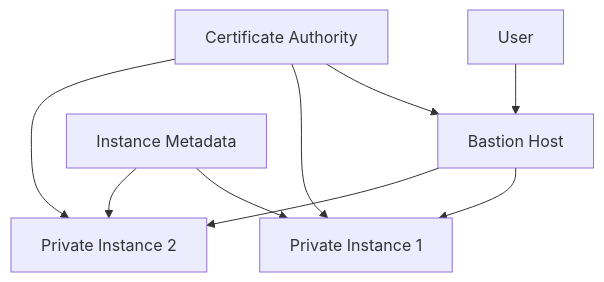
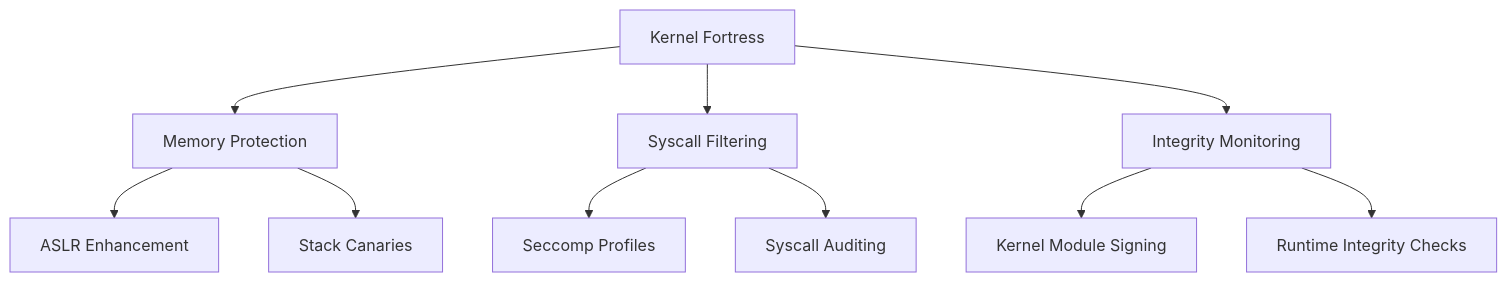
One commit to cipherbite/mastering-linux changed the fourth of 5 diagrams in mastering-ssh-part-one/4 - Advanced SSH Techniques.md. Above: the diagram before and after it, drawn with Mermaid. The commit also changed other lines of this file, not shown here.

````diff
--- a/mastering-ssh-part-one/4 - Advanced SSH Techniques.md
+++ b/mastering-ssh-part-one/4 - Advanced SSH Techniques.md
@@ -331,11 +383,12 @@
 ```mermaid
 graph TD
-    A[User] --> B[Bastion Host]
-    B --> C[Private Instance 1]
-    B --> D[Private Instance 2]
-    E[Certificate Authority] --> B
-    E --> C
-    E --> D
-    F[Instance Metadata] --> C
-    F --> D
+    A[Kernel Fortress] --> B[Memory Protection]
+    A --> C[Syscall Filtering]
+    A --> D[Integrity Monitoring]
+    B --> E[ASLR Enhancement]
+    B --> F[Stack Canaries]
+    C --> G[Seccomp Profiles]
+    C --> H[Syscall Auditing]
+    D --> I[Kernel Module Signing]
+    D --> J[Runtime Integrity Checks]
 ```
````
